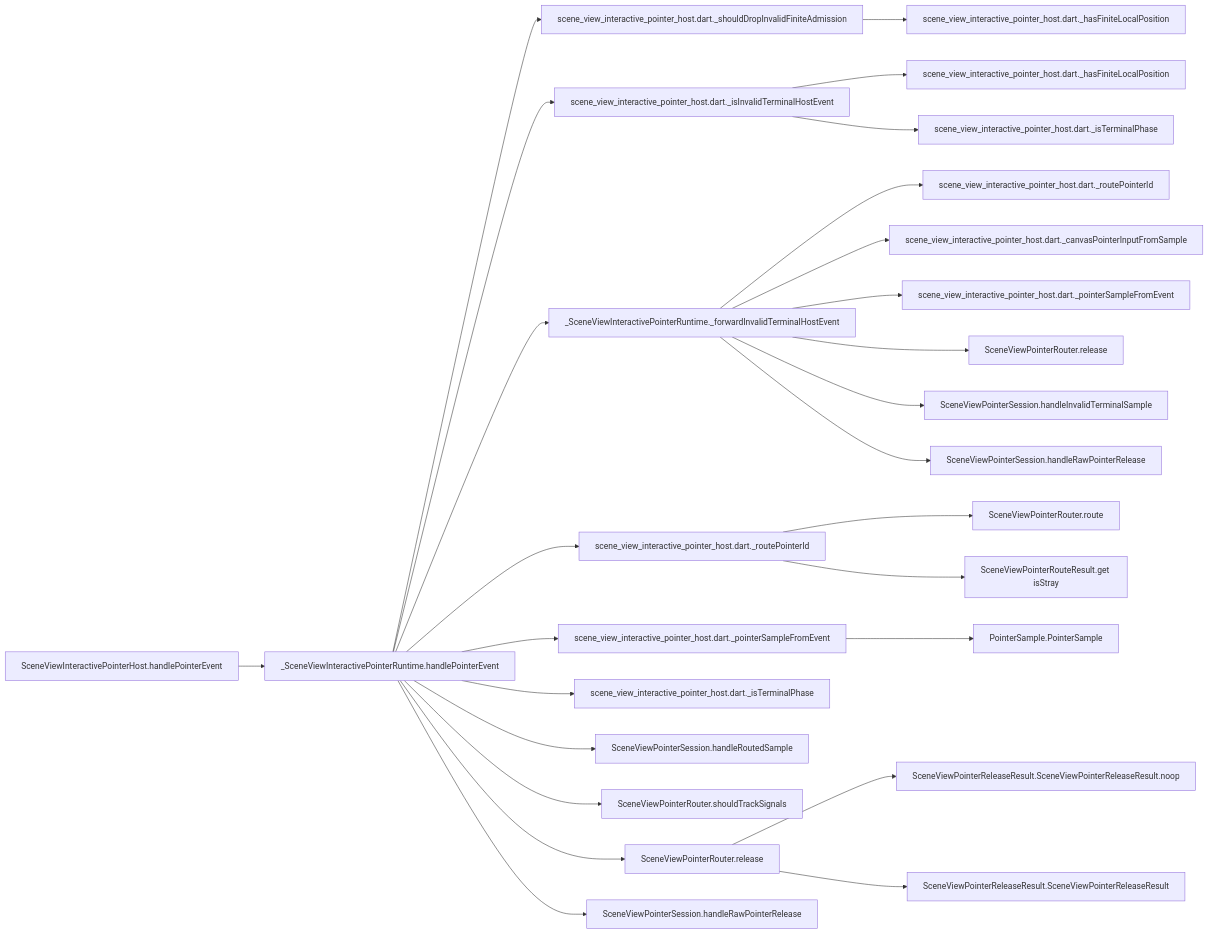
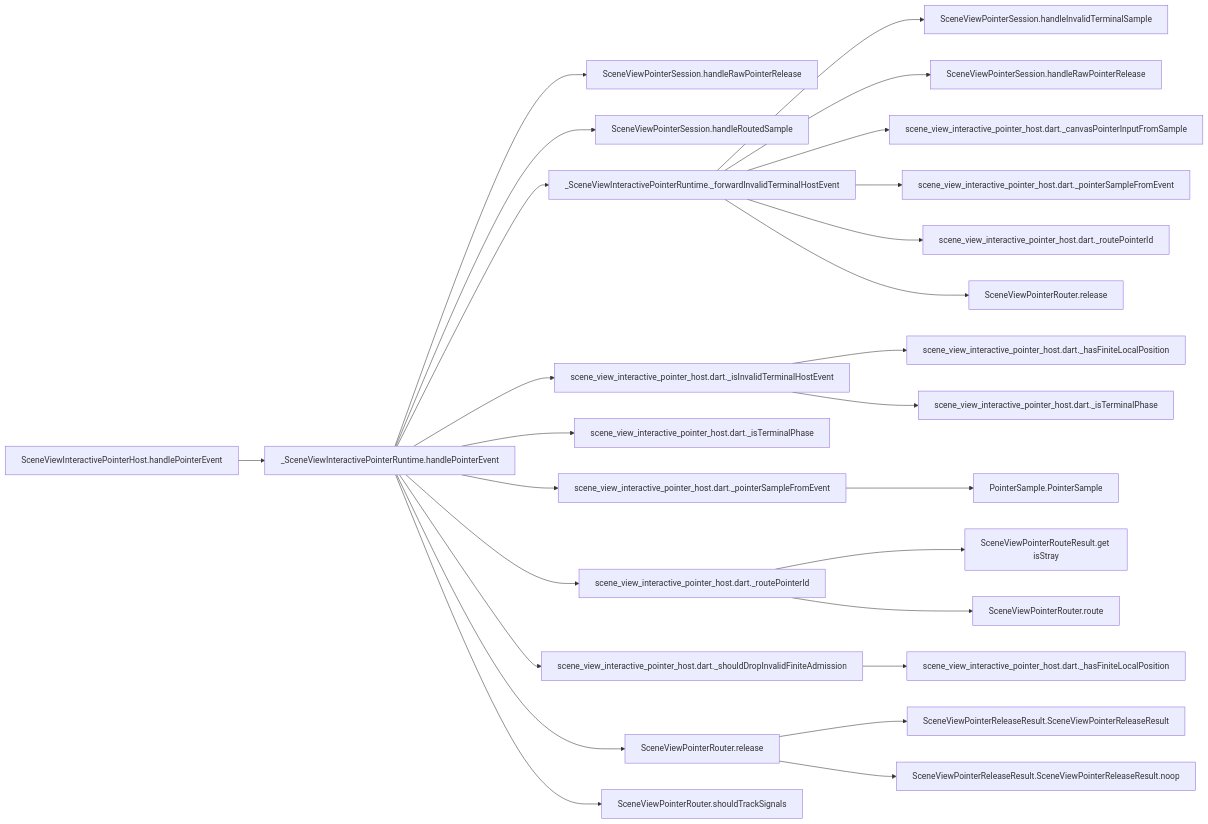
Before and after one commit to GreatPika/iwb_canvas_engine: the diagram in docs/architecture/evidence/pointer_input_flow.md, drawn with Mermaid. The commit also changed 14 other files, not shown here.

````diff
--- a/docs/architecture/evidence/pointer_input_flow.md
+++ b/docs/architecture/evidence/pointer_input_flow.md
@@ -1,55 +1,55 @@
 ```mermaid
 flowchart LR
   N0["SceneViewInteractivePointerHost.handlePointerEvent"]
   N1["_SceneViewInteractivePointerRuntime.handlePointerEvent"]
   N0 --> N1
-  N2["scene_view_interactive_pointer_host.dart._shouldDropInvalidFiniteAdmission"]
+  N2["SceneViewPointerSession.handleRawPointerRelease"]
   N1 --> N2
-  N3["scene_view_interactive_pointer_host.dart._hasFiniteLocalPosition"]
-  N2 --> N3
-  N4["scene_view_interactive_pointer_host.dart._isInvalidTerminalHostEvent"]
+  N3["SceneViewPointerSession.handleRoutedSample"]
+  N1 --> N3
+  N4["_SceneViewInteractivePointerRuntime._forwardInvalidTerminalHostEvent"]
   N1 --> N4
-  N5["scene_view_interactive_pointer_host.dart._hasFiniteLocalPosition"]
+  N5["SceneViewPointerSession.handleInvalidTerminalSample"]
   N4 --> N5
-  N6["scene_view_interactive_pointer_host.dart._isTerminalPhase"]
+  N6["SceneViewPointerSession.handleRawPointerRelease"]
   N4 --> N6
-  N7["_SceneViewInteractivePointerRuntime._forwardInvalidTerminalHostEvent"]
-  N1 --> N7
-  N8["scene_view_interactive_pointer_host.dart._routePointerId"]
-  N7 --> N8
-  N9["scene_view_interactive_pointer_host.dart._canvasPointerInputFromSample"]
-  N7 --> N9
-  N10["scene_view_interactive_pointer_host.dart._pointerSampleFromEvent"]
-  N7 --> N10
-  N11["SceneViewPointerRouter.release"]
-  N7 --> N11
-  N12["SceneViewPointerSession.handleInvalidTerminalSample"]
-  N7 --> N12
-  N13["SceneViewPointerSession.handleRawPointerRelease"]
-  N7 --> N13
-  N14["scene_view_interactive_pointer_host.dart._routePointerId"]
+  N7["scene_view_interactive_pointer_host.dart._canvasPointerInputFromSample"]
+  N4 --> N7
+  N8["scene_view_interactive_pointer_host.dart._pointerSampleFromEvent"]
+  N4 --> N8
+  N9["scene_view_interactive_pointer_host.dart._routePointerId"]
+  N4 --> N9
+  N10["SceneViewPointerRouter.release"]
+  N4 --> N10
+  N11["scene_view_interactive_pointer_host.dart._isInvalidTerminalHostEvent"]
+  N1 --> N11
+  N12["scene_view_interactive_pointer_host.dart._hasFiniteLocalPosition"]
+  N11 --> N12
+  N13["scene_view_interactive_pointer_host.dart._isTerminalPhase"]
+  N11 --> N13
+  N14["scene_view_interactive_pointer_host.dart._isTerminalPhase"]
   N1 --> N14
-  N15["SceneViewPointerRouter.route"]
-  N14 --> N15
-  N16["SceneViewPointerRouteResult.get isStray"]
-  N14 --> N16
-  N17["scene_view_interactive_pointer_host.dart._pointerSampleFromEvent"]
+  N15["scene_view_interactive_pointer_host.dart._pointerSampleFromEvent"]
+  N1 --> N15
+  N16["PointerSample.PointerSample"]
+  N15 --> N16
+  N17["scene_view_interactive_pointer_host.dart._routePointerId"]
   N1 --> N17
-  N18["PointerSample.PointerSample"]
+  N18["SceneViewPointerRouteResult.get isStray"]
   N17 --> N18
-  N19["scene_view_interactive_pointer_host.dart._isTerminalPhase"]
-  N1 --> N19
-  N20["SceneViewPointerSession.handleRoutedSample"]
+  N19["SceneViewPointerRouter.route"]
+  N17 --> N19
+  N20["scene_view_interactive_pointer_host.dart._shouldDropInvalidFiniteAdmission"]
   N1 --> N20
-  N21["SceneViewPointerRouter.shouldTrackSignals"]
-  N1 --> N21
+  N21["scene_view_interactive_pointer_host.dart._hasFiniteLocalPosition"]
+  N20 --> N21
   N22["SceneViewPointerRouter.release"]
   N1 --> N22
-  N23["SceneViewPointerReleaseResult.SceneViewPointerReleaseResult.noop"]
+  N23["SceneViewPointerReleaseResult.SceneViewPointerReleaseResult"]
   N22 --> N23
-  N24["SceneViewPointerReleaseResult.SceneViewPointerReleaseResult"]
+  N24["SceneViewPointerReleaseResult.SceneViewPointerReleaseResult.noop"]
   N22 --> N24
-  N25["SceneViewPointerSession.handleRawPointerRelease"]
+  N25["SceneViewPointerRouter.shouldTrackSignals"]
   N1 --> N25
 
 ```
````
